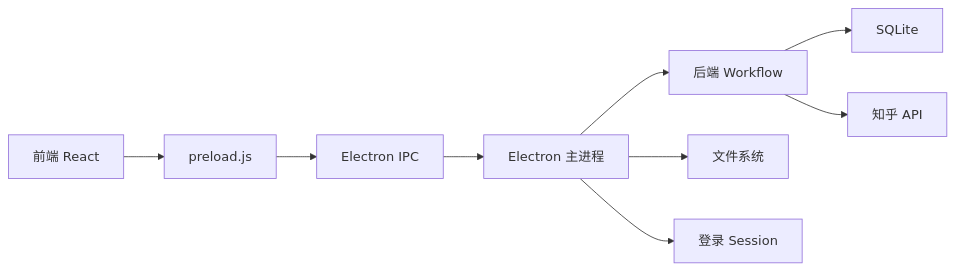
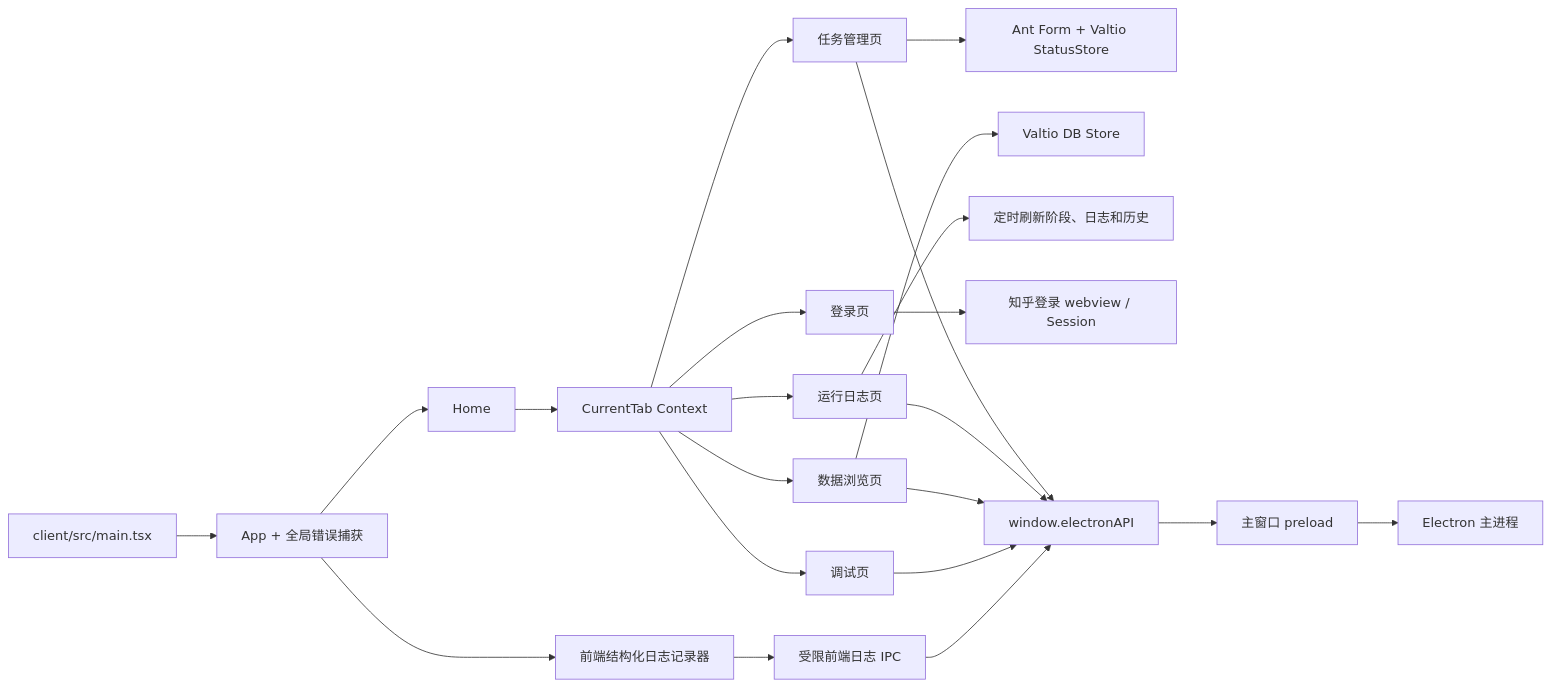
One commit to YaoZeyuan/zhihuhelp changed the second of 2 diagrams in doc/开发文档/前端-Electron-后端分工.md. Above: the diagram before and after it, drawn with Mermaid. The commit also changed other lines of this file and 162 other files, not shown here.

````diff
--- a/doc/开发文档/前端-Electron-后端分工.md
+++ b/doc/开发文档/前端-Electron-后端分工.md
@@ -7,11 +43,27 @@
 ```mermaid
 flowchart LR
-  Frontend["前端 React"] --> Preload["preload.js"]
-  Preload --> IPC["Electron IPC"]
-  IPC --> Main["Electron 主进程"]
-  Main --> Workflow["后端 Workflow"]
-  Main --> FS["文件系统"]
-  Main --> Session["登录 Session"]
-  Workflow --> DB["SQLite"]
-  Workflow --> Zhihu["知乎 API"]
+  Bootstrap["client/src/main.tsx"] --> App["App + 全局错误捕获"]
+  App --> Recorder["前端结构化日志记录器"]
+  App --> Home["Home"]
+  Home --> Tab["CurrentTab Context"]
+
+  Tab --> Task["任务管理页"]
+  Tab --> Login["登录页"]
+  Tab --> Log["运行日志页"]
+  Tab --> Explorer["数据浏览页"]
+  Tab --> Debug["调试页"]
+
+  Task --> TaskStore["Ant Form + Valtio StatusStore"]
+  Explorer --> DbStore["Valtio DB Store"]
+  Log --> Poll["定时刷新阶段、日志和历史"]
+  Login --> Webview["知乎登录 webview / Session"]
+
+  Task --> IPC["window.electronAPI"]
+  Log --> IPC
+  Explorer --> IPC
+  Debug --> IPC
+  Recorder --> LogIPC["受限前端日志 IPC"]
+  LogIPC --> IPC
+  IPC --> Preload["主窗口 preload"]
+  Preload --> Main["Electron 主进程"]
 ```
````
